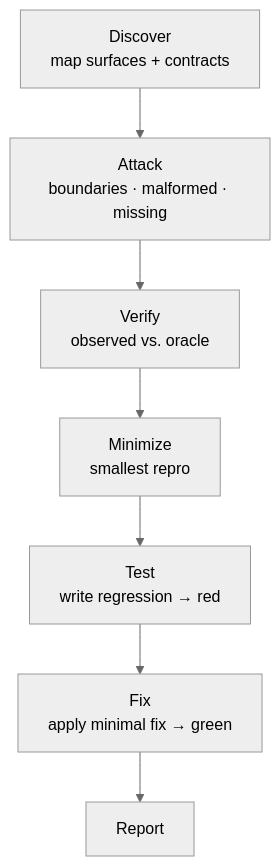
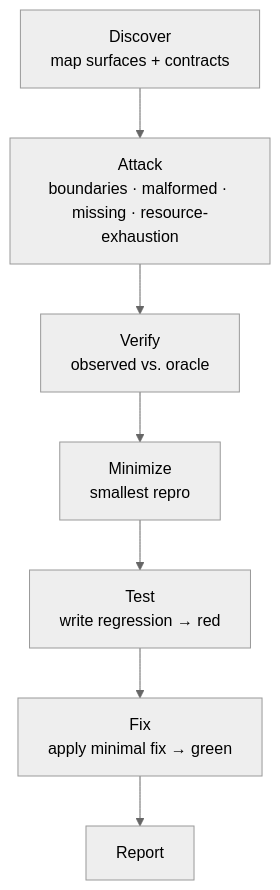
The diagram in README.md (mhenke/sstack), drawn with Mermaid (neutral theme) before and after one commit. The commit also changed 4 other files, not shown here.

````diff
--- a/README.md
+++ b/README.md
@@ -26,9 +26,9 @@
 ```mermaid
 flowchart TD
-    D["Discover\nmap surfaces + contracts"] --> A["Attack\nboundaries · malformed · missing"]
+    D["Discover\nmap surfaces + contracts"] --> A["Attack\nboundaries · malformed · missing · resource-exhaustion"]
     A --> V["Verify\nobserved vs. oracle"]
     V --> M["Minimize\nsmallest repro"]
     M --> T["Test\nwrite regression → red"]
     T --> F["Fix\napply minimal fix → green"]
     F --> R["Report"]
 ```
````
